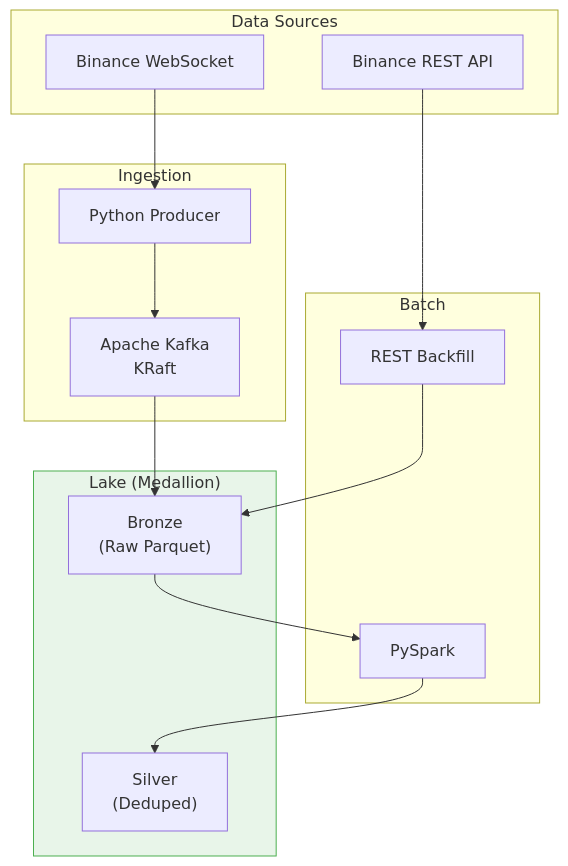
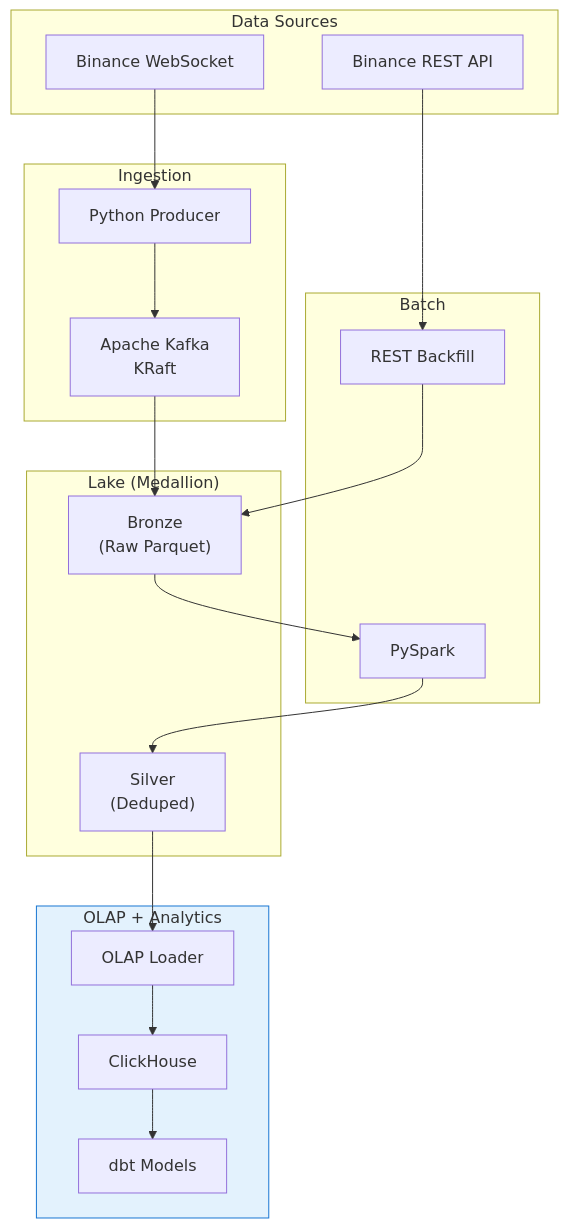
Before and after one commit to weecici/project-x: the diagram in README.md, drawn with Mermaid. The commit also changed other lines of this file, not shown here.

````diff
--- a/README.md
+++ b/README.md
@@ -5,28 +5,37 @@
 ```mermaid
 flowchart TB
     subgraph SRC["Data Sources"]
         WS["Binance WebSocket"]
         REST["Binance REST API"]
     end
 
     subgraph INGEST["Ingestion"]
         PROD["Python Producer"]
         KAFKA["Apache Kafka\nKRaft"]
     end
 
     subgraph BATCH["Batch"]
         BF["REST Backfill"]
         SPARK["PySpark"]
     end
 
     subgraph LAKE["Lake (Medallion)"]
         BRONZE["Bronze\n(Raw Parquet)"]
         SILVER["Silver\n(Deduped)"]
     end
 
+    subgraph OLAP["OLAP + Analytics"]
+        LOADER["OLAP Loader"]
+        CH["ClickHouse"]
+        DBT["dbt Models"]
+    end
+
     WS --> PROD --> KAFKA --> BRONZE
     REST --> BF --> BRONZE
     BRONZE --> SPARK --> SILVER
 
-    style LAKE fill:#e8f5e9,stroke:#4caf50
+    SILVER --> LOADER --> CH
+    CH --> DBT
+
+    style OLAP fill:#e3f2fd,stroke:#1976d2
 ```
````
